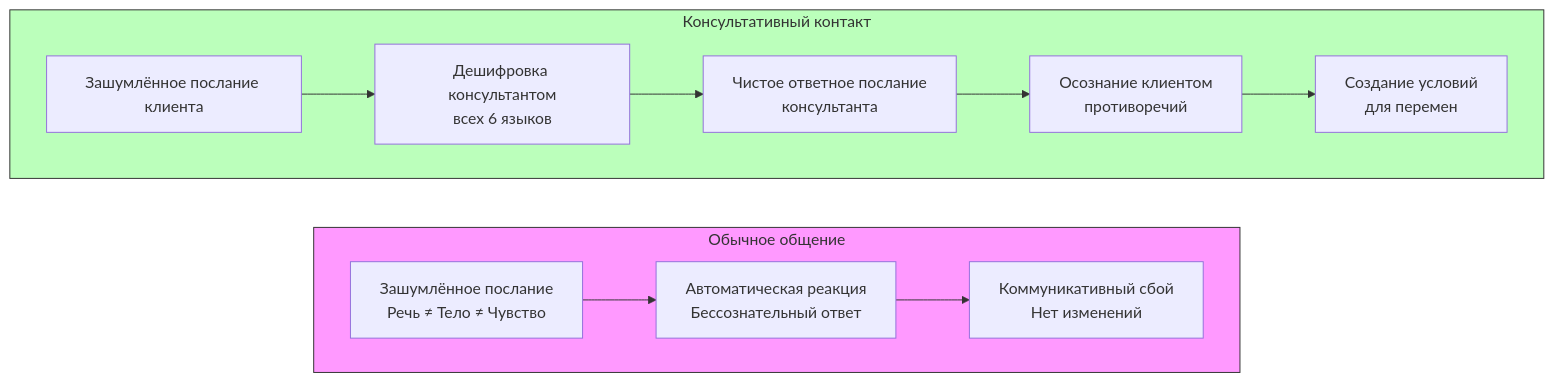
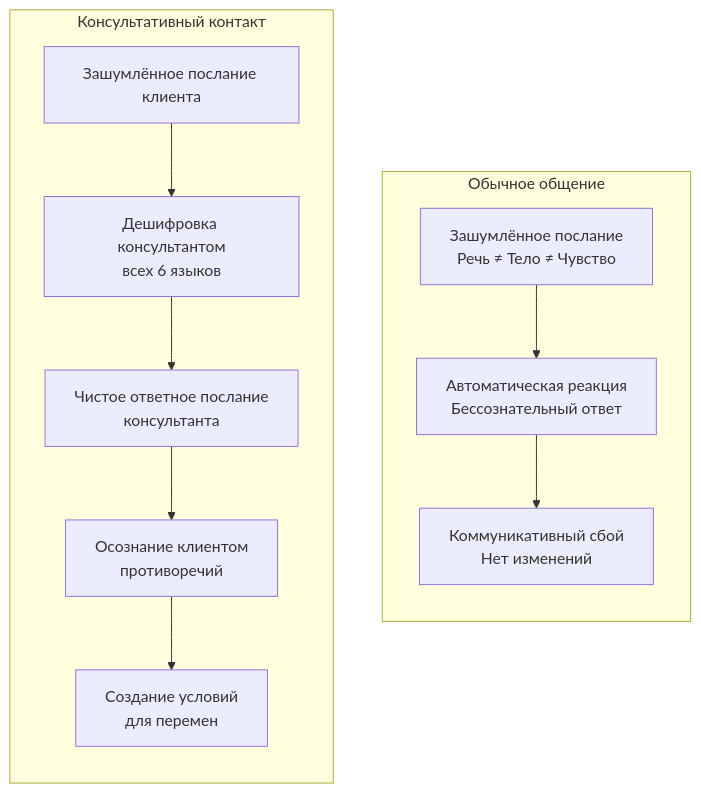
The diagram in content/articles/psychology/psihologicheskoe-konsultirovanie/zagadka-konsultativnogo-obshcheniya.mdx (becasualle/vimutti), drawn with Mermaid before and after one commit. The commit also changed 30 other files, not shown here.

````diff
--- a/content/articles/psychology/psihologicheskoe-konsultirovanie/zagadka-konsultativnogo-obshcheniya.mdx
+++ b/content/articles/psychology/psihologicheskoe-konsultirovanie/zagadka-konsultativnogo-obshcheniya.mdx
@@ -72,19 +72,17 @@
 ```mermaid
-flowchart LR
+flowchart TD
     subgraph O[Обычное общение]
-        direction LR
+        direction TD
         A[Зашумлённое послание<br>Речь ≠ Тело ≠ Чувство] --> B[Автоматическая реакция<br>Бессознательный ответ]
         B --> C[Коммуникативный сбой<br>Нет изменений]
     end
 
     subgraph K[Консультативный контакт]
-        direction LR
+        direction TD
         D[Зашумлённое послание клиента] --> E[Дешифровка консультантом<br>всех 6 языков]
         E --> F[Чистое ответное послание<br>консультанта]
         F --> G[Осознание клиентом<br>противоречий]
         G --> H[Создание условий<br>для перемен]
     end
 
-    style O fill:#f9f,stroke:#333
-    style K fill:#bfb,stroke:#333
 ```
````
